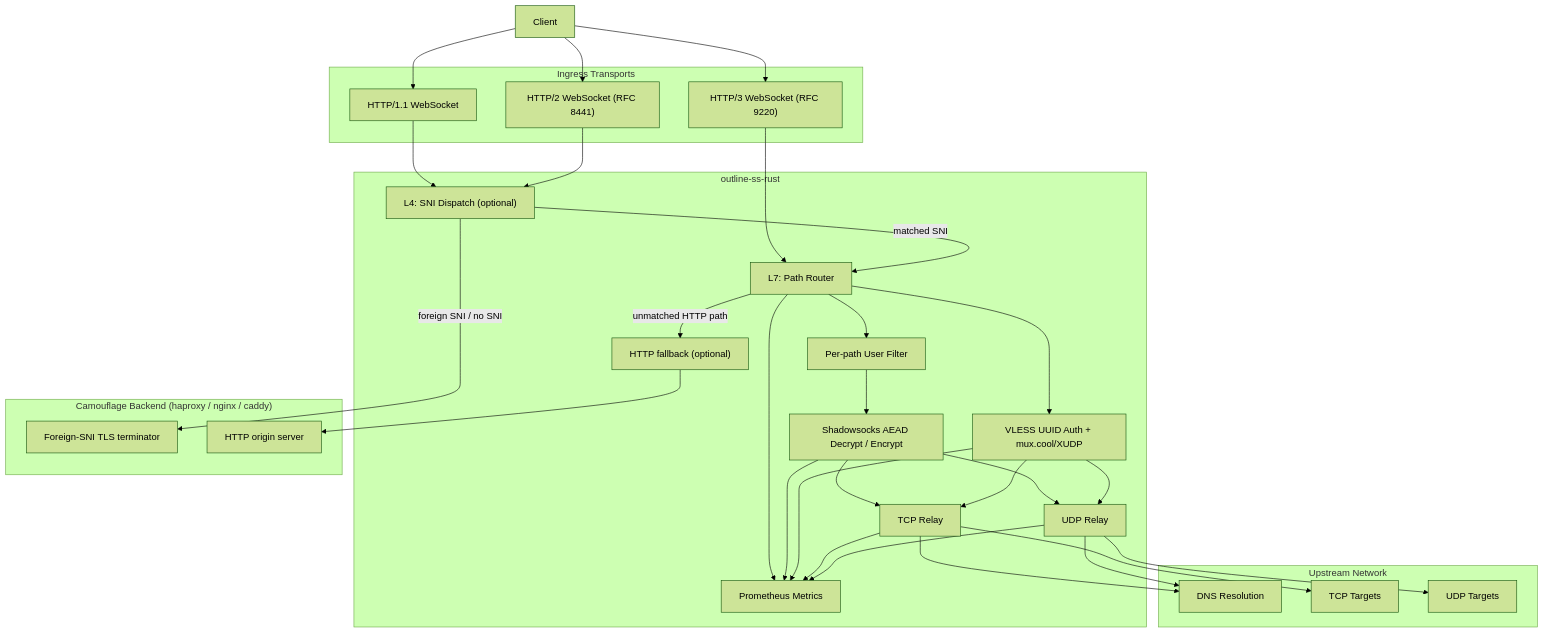
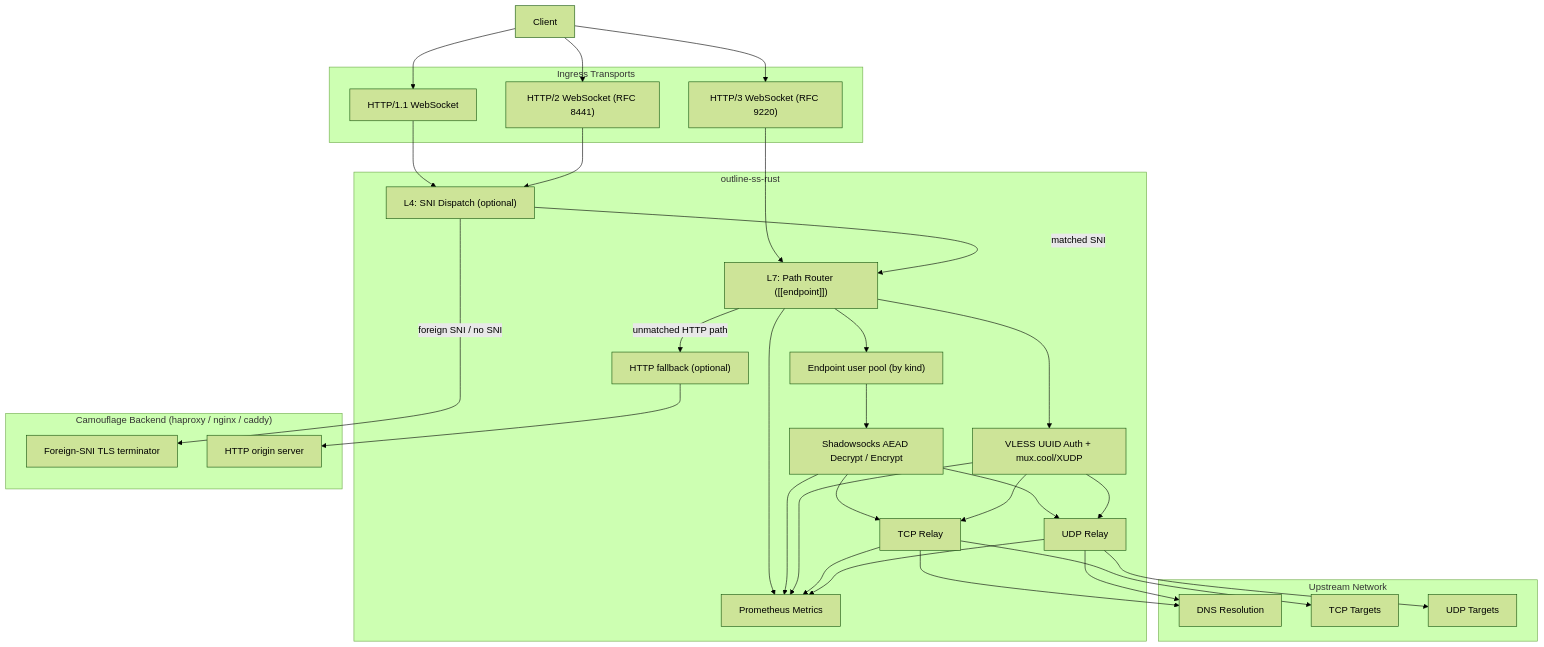
The first of 4 diagrams in bins/outline-ss-rust/docs/ARCHITECTURE.md (balookrd/outline-proxy), drawn with Mermaid (forest theme) before and after one commit. The commit also changed other lines of this file and 61 other files, not shown here.

````diff
--- a/bins/outline-ss-rust/docs/ARCHITECTURE.md
+++ b/bins/outline-ss-rust/docs/ARCHITECTURE.md
@@ -9,64 +9,64 @@
 ```mermaid
 flowchart TD
     CLIENT["Client"]
 
     subgraph FRONTEND["Ingress Transports"]
         H1["HTTP/1.1 WebSocket"]
         H2["HTTP/2 WebSocket (RFC 8441)"]
         H3["HTTP/3 WebSocket (RFC 9220)"]
     end
 
     subgraph CORE["outline-ss-rust"]
         SNID["L4: SNI Dispatch (optional)"]
-        ROUTER["L7: Path Router"]
-        FILTER["Per-path User Filter"]
+        ROUTER["L7: Path Router ([[endpoint]])"]
+        FILTER["Endpoint user pool (by kind)"]
         CRYPTO["Shadowsocks AEAD Decrypt / Encrypt"]
         VLESS["VLESS UUID Auth + mux.cool/XUDP"]
         TCPR["TCP Relay"]
         UDPR["UDP Relay"]
         HTTPF["HTTP fallback (optional)"]
         METRICS["Prometheus Metrics"]
     end
 
     subgraph BACKEND["Camouflage Backend (haproxy / nginx / caddy)"]
         BSNI["Foreign-SNI TLS terminator"]
         BWEB["HTTP origin server"]
     end
 
     subgraph UPSTREAM["Upstream Network"]
         DNS["DNS Resolution"]
         TCPU["TCP Targets"]
         UDPU["UDP Targets"]
     end
 
     CLIENT --> H1
     CLIENT --> H2
     CLIENT --> H3
 
     H1 --> SNID
     H2 --> SNID
     H3 --> ROUTER
     SNID -- "matched SNI" --> ROUTER
     SNID -- "foreign SNI / no SNI" --> BSNI
 
     ROUTER --> FILTER
     FILTER --> CRYPTO
     ROUTER --> VLESS
     ROUTER -- "unmatched HTTP path" --> HTTPF
     HTTPF --> BWEB
     CRYPTO --> TCPR
     CRYPTO --> UDPR
     VLESS --> TCPR
     VLESS --> UDPR
 
     TCPR --> DNS
     TCPR --> TCPU
     UDPR --> DNS
     UDPR --> UDPU
 
     ROUTER --> METRICS
     CRYPTO --> METRICS
     VLESS --> METRICS
     TCPR --> METRICS
     UDPR --> METRICS
 ```
````
